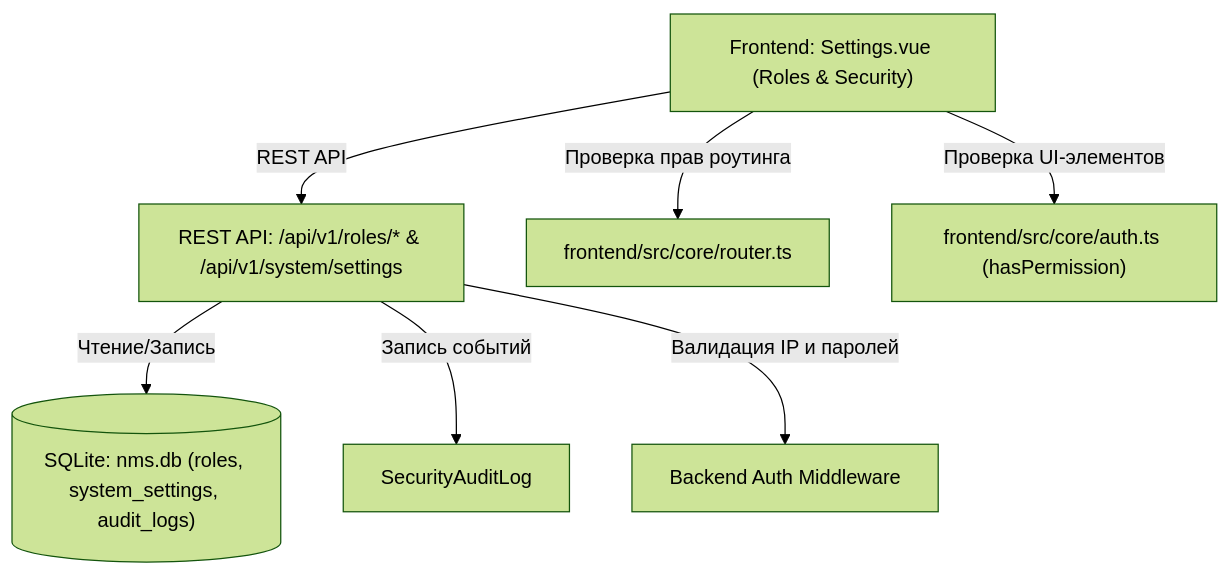
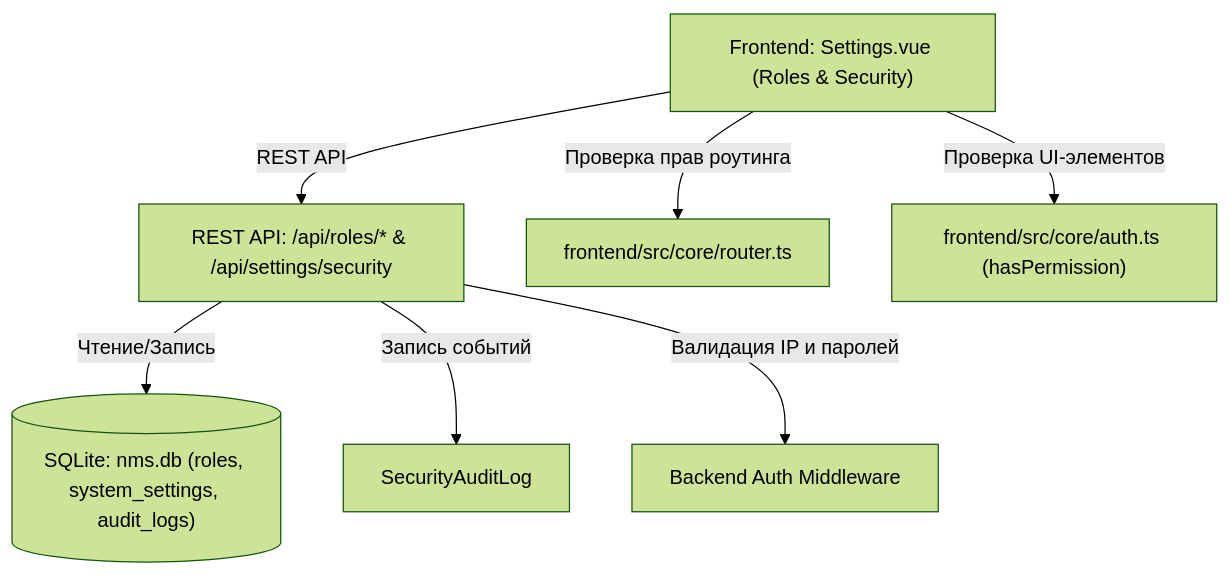
Before and after one commit to Apofixc/nms-webui: the diagram in docs/wiki/02-usage/04-access-control-and-roles.md, drawn with Mermaid (forest theme). The commit also changed other lines of this file and 21 other files, not shown here.

````diff
--- a/docs/wiki/02-usage/04-access-control-and-roles.md
+++ b/docs/wiki/02-usage/04-access-control-and-roles.md
@@ -94,9 +94,9 @@
 ```mermaid
 graph TD
-    UI["Frontend: Settings.vue (Roles & Security)"] -->|REST API| API["REST API: /api/v1/roles/* & /api/v1/system/settings"]
+    UI["Frontend: Settings.vue (Roles & Security)"] -->|REST API| API["REST API: /api/roles/* & /api/settings/security"]
     API -->|Чтение/Запись| DB[("SQLite: nms.db (roles, system_settings, audit_logs)")]
     API -->|Запись событий| Audit["SecurityAuditLog"]
     UI -->|Проверка прав роутинга| Router["frontend/src/core/router.ts"]
     UI -->|Проверка UI-элементов| Auth["frontend/src/core/auth.ts (hasPermission)"]
     API -->|Валидация IP и паролей| Middleware["Backend Auth Middleware"]
 ```
````
